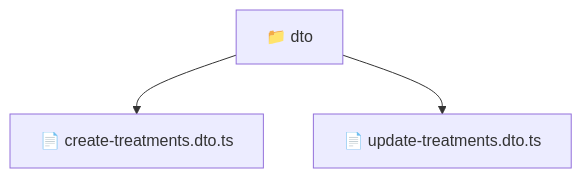
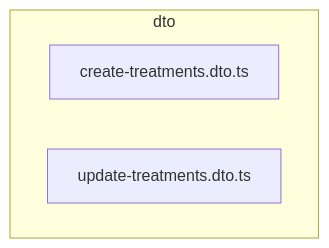
Before and after one commit to beginwebdev2002/fullstack-mavluda: the diagram in backend/src/modules/treatments/presentation/dto/README.md, drawn with Mermaid. The commit also changed other lines of this file and 163 other files, not shown here.

````diff
--- a/backend/src/modules/treatments/presentation/dto/README.md
+++ b/backend/src/modules/treatments/presentation/dto/README.md
@@ -9,6 +15,7 @@
 ```mermaid
 graph TD
-  Root["📁 dto"]
-  Root --> create_treatments_dto_ts["📄 create-treatments.dto.ts"]
-  Root --> update_treatments_dto_ts["📄 update-treatments.dto.ts"]
+  subgraph dto
+    create_treatments_dto_ts["create-treatments.dto.ts"]
+    update_treatments_dto_ts["update-treatments.dto.ts"]
+  end
 ```
````
